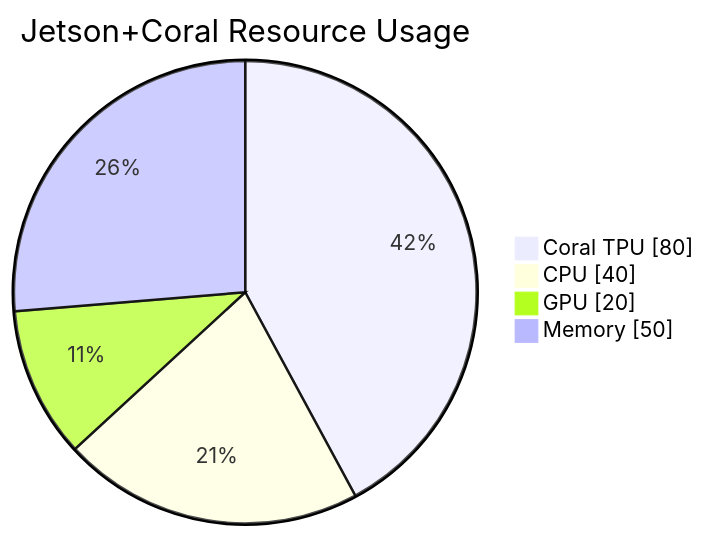
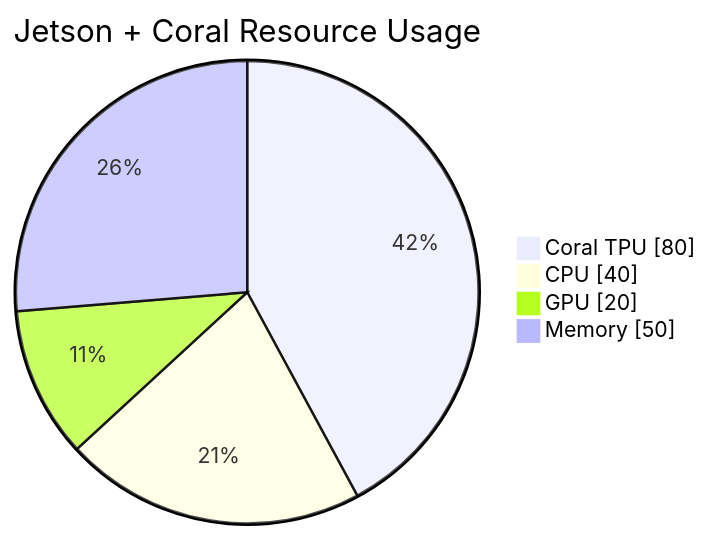
One commit to Seamoose04/dashcam-processor changed the fifth of 7 diagrams in plans/workload_separation_diagram.md. Above: the diagram before and after it, drawn with Mermaid. The commit also changed other lines of this file, not shown here.

Commit message:
Fixed diagrams

````diff
--- a/plans/workload_separation_diagram.md
+++ b/plans/workload_separation_diagram.md
@@ -126,7 +132,8 @@
 ```mermaid
-pie showData title Jetson+Coral Resource Usage
+pie showData
+    title Jetson + Coral Resource Usage
     "Coral TPU" : 80
     "CPU" : 40
     "GPU" : 20
     "Memory" : 50
 ```
````
